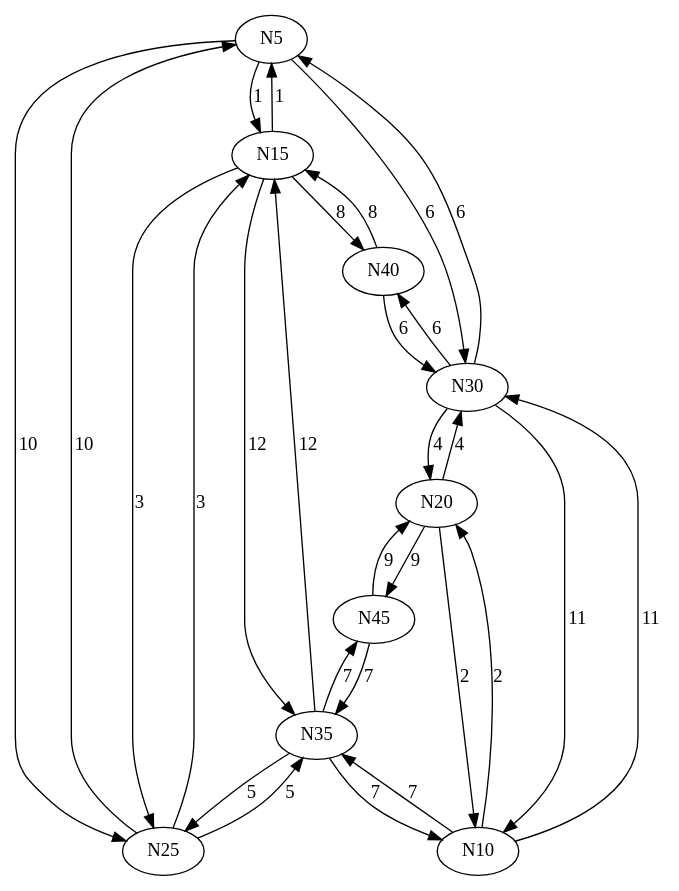
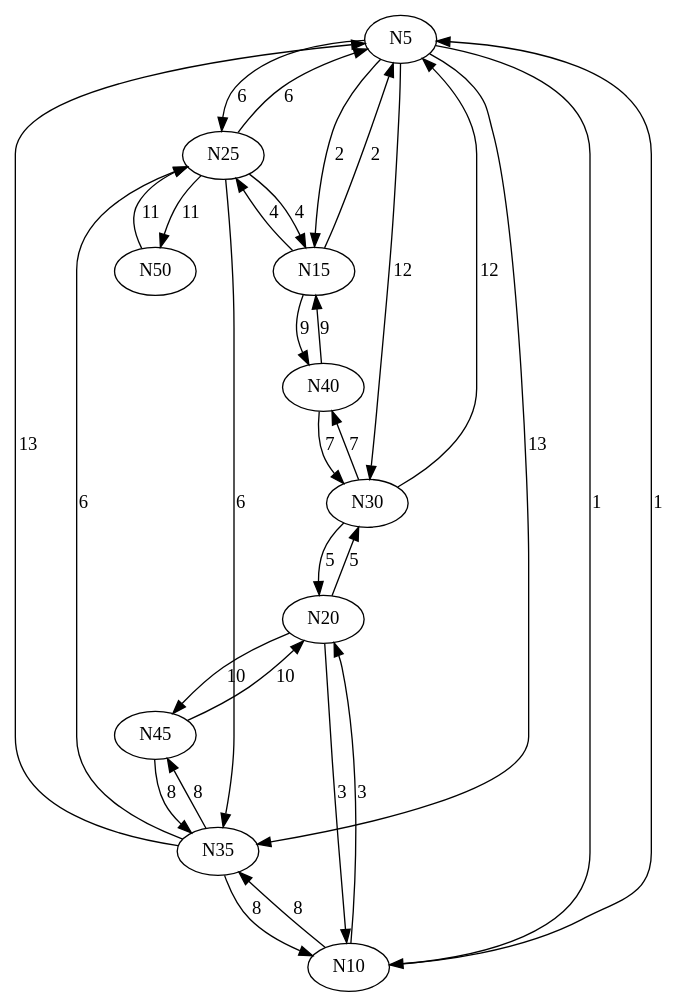
The diagram in code/streets4go/sample.dot (1wilkens/thesis-ba), drawn with Graphviz before and after one commit. The commit also changed 3 other files, not shown here.

```diff
--- a/code/streets4go/sample.dot
+++ b/code/streets4go/sample.dot
@@ -1,31 +1,33 @@
-digraph res
+digraph sample
 {
-    N5 -> N15 [label=1];
-    N5 -> N30 [label=6];
-    N5 -> N25 [label=10];
-    N10 -> N20 [label=2];
-    N10 -> N35 [label=7];
-    N10 -> N30 [label=11];
-    N15 -> N5 [label=1];
-    N15 -> N25 [label=3];
-    N15 -> N40 [label=8];
-    N15 -> N35 [label=12];
-    N20 -> N10 [label=2];
-    N20 -> N30 [label=4];
-    N20 -> N45 [label=9];
-    N25 -> N15 [label=3];
-    N25 -> N35 [label=5];
-    N25 -> N5 [label=10];
-    N30 -> N5 [label=6];
-    N30 -> N20 [label=4];
-    N30 -> N40 [label=6];
-    N30 -> N10 [label=11];
-    N35 -> N10 [label=7];
-    N35 -> N25 [label=5];
-    N35 -> N45 [label=7];
-    N35 -> N15 [label=12];
-    N40 -> N15 [label=8];
-    N40 -> N30 [label=6];
-    N45 -> N35 [label=7];
-    N45 -> N20 [label=9];
+    N5 -> N25 [label=6];
+    N5 -> N15 [label=2];
+    N5 -> N30 [label=12];
+    N5 -> N35 [label=13];
+    N5 -> N10 [label=1];
+    N10 -> N35 [label=8];
+    N10 -> N5 [label=1];
+    N10 -> N20 [label=3];
+    N15 -> N5 [label=2];
+    N15 -> N25 [label=4];
+    N15 -> N40 [label=9];
+    N20 -> N10 [label=3];
+    N20 -> N30 [label=5];
+    N20 -> N45 [label=10];
+    N25 -> N5 [label=6];
+    N25 -> N15 [label=4];
+    N25 -> N35 [label=6];
+    N25 -> N50 [label=11];
+    N30 -> N5 [label=12];
+    N30 -> N20 [label=5];
+    N30 -> N40 [label=7];
+    N35 -> N10 [label=8];
+    N35 -> N25 [label=6];
+    N35 -> N45 [label=8];
+    N35 -> N5 [label=13];
+    N40 -> N15 [label=9];
+    N40 -> N30 [label=7];
+    N45 -> N20 [label=10];
+    N45 -> N35 [label=8];
+    N50 -> N25 [label=11];
 }
```
